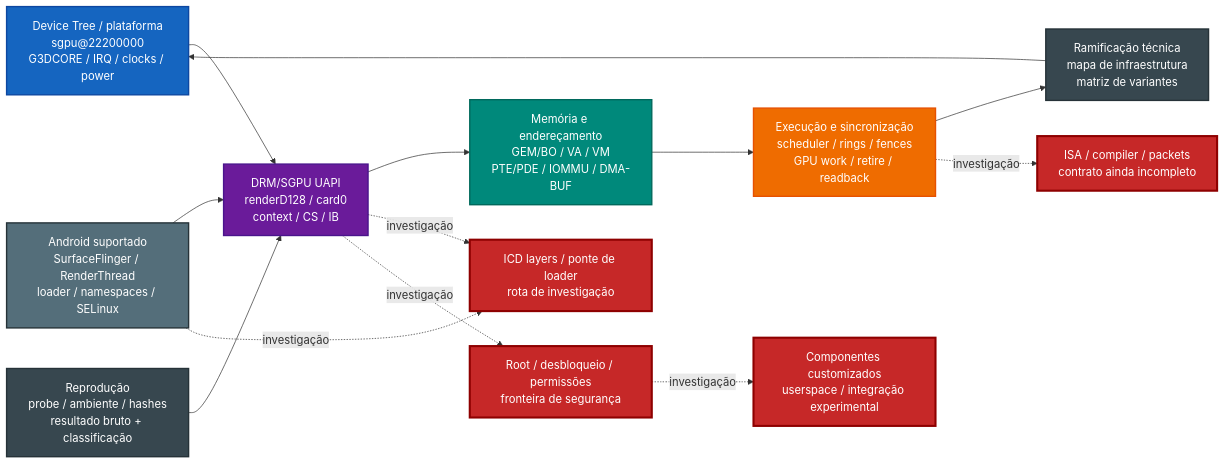
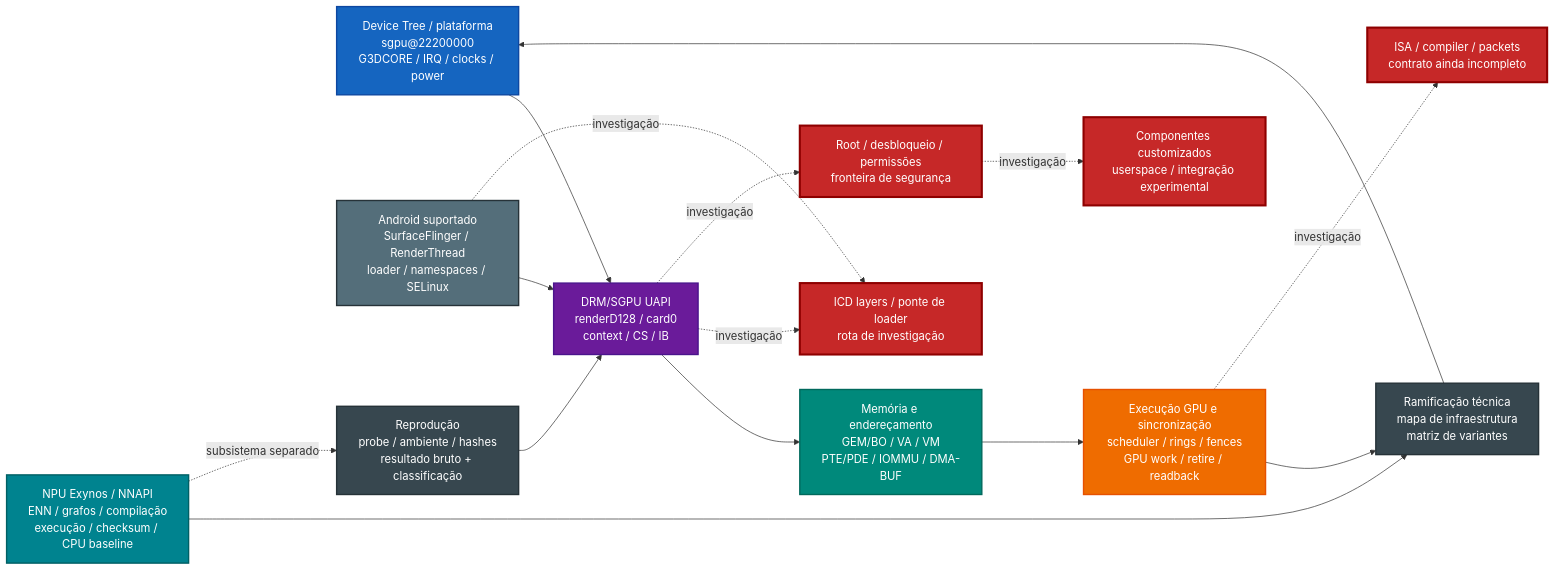
The diagram in public/MAPA_Xclipse_940.mmd (souza60029-wq/Xclipse-Open-Project), drawn with Mermaid before and after one commit. The commit also changed 11 other files, not shown here.

Commit message:
Add NPU and NNAPI branch to technical maps

```diff
--- a/public/MAPA_Xclipse_940.mmd
+++ b/public/MAPA_Xclipse_940.mmd
@@ -1,31 +1,35 @@
 flowchart LR
   classDef platform fill:#1565c0,color:#fff,stroke:#0d47a1,stroke-width:2px
   classDef kernel fill:#6a1b9a,color:#fff,stroke:#4a148c,stroke-width:2px
   classDef memory fill:#00897b,color:#fff,stroke:#00695c,stroke-width:2px
   classDef execution fill:#ef6c00,color:#fff,stroke:#e65100,stroke-width:2px
   classDef android fill:#546e7a,color:#fff,stroke:#263238,stroke-width:2px
+  classDef npu fill:#00838f,color:#fff,stroke:#006064,stroke-width:2px
   classDef evidence fill:#37474f,color:#fff,stroke:#263238,stroke-width:2px
   classDef risk fill:#c62828,color:#fff,stroke:#8e0000,stroke-width:3px
 
   DT["Device Tree / plataforma\nsgpu@22200000\nG3DCORE / IRQ / clocks / power"]:::platform
   DRM["DRM/SGPU UAPI\nrenderD128 / card0\ncontext / CS / IB"]:::kernel
   MEM["Memória e endereçamento\nGEM/BO / VA / VM\nPTE/PDE / IOMMU / DMA-BUF"]:::memory
-  SCHED["Execução e sincronização\nscheduler / rings / fences\nGPU work / retire / readback"]:::execution
+  SCHED["Execução GPU e sincronização\nscheduler / rings / fences\nGPU work / retire / readback"]:::execution
   ANDROID["Android suportado\nSurfaceFlinger / RenderThread\nloader / namespaces / SELinux"]:::android
+  NPU["NPU Exynos / NNAPI\nENN / grafos / compilação\nexecução / checksum / CPU baseline"]:::npu
   MAP["Ramificação técnica\nmapa de infraestrutura\nmatriz de variantes"]:::evidence
   REPRO["Reprodução\nprobe / ambiente / hashes\nresultado bruto + classificação"]:::evidence
   ICD["ICD layers / ponte de loader\nrota de investigação"]:::risk
   ROOT["Root / desbloqueio / permissões\nfronteira de segurança"]:::risk
   CUSTOM["Componentes customizados\nuserspace / integração experimental"]:::risk
   ISA["ISA / compiler / packets\ncontrato ainda incompleto"]:::risk
 
   DT --> DRM --> MEM --> SCHED
   ANDROID --> DRM
+  NPU --> MAP
+  NPU -. "subsistema separado" .-> REPRO
   MAP --> DT
   REPRO --> DRM
   SCHED --> MAP
   DRM -. investigação .-> ICD
   ANDROID -. investigação .-> ICD
   DRM -. investigação .-> ROOT
   ROOT -. investigação .-> CUSTOM
   SCHED -. investigação .-> ISA
```
